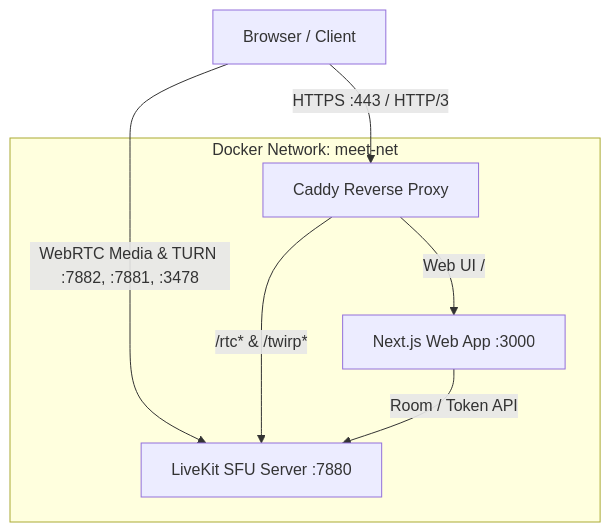
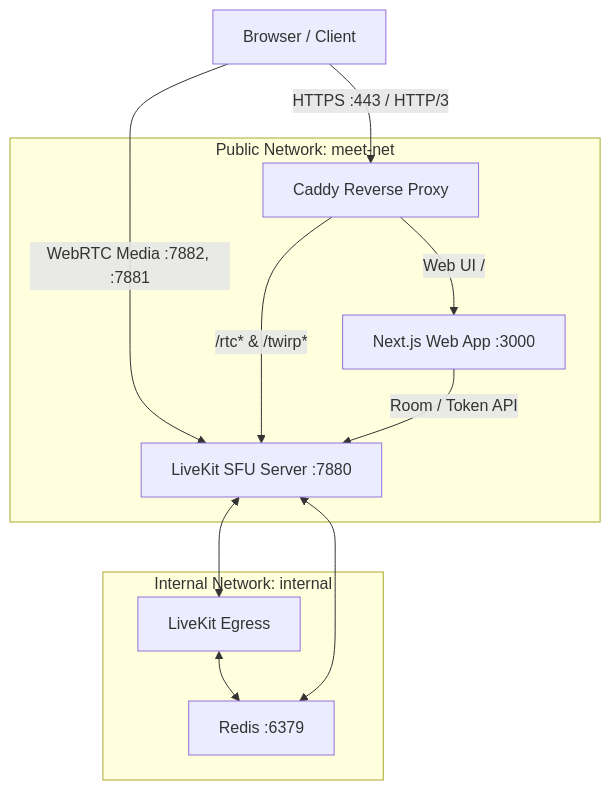
Before and after one commit to mikhailde/livekit-meet-docker: the diagram in README.md, drawn with Mermaid. The commit also changed other lines of this file and 5 other files, not shown here.

````diff
--- a/README.md
+++ b/README.md
@@ -139,15 +120,25 @@
 ```mermaid
 graph TD
     Client[Browser / Client] -->|HTTPS :443 / HTTP/3| Caddy
-    Client -->|WebRTC Media & TURN :7882, :7881, :3478| LiveKit
+    Client -->|WebRTC Media :7882, :7881| LiveKit
 
-    subgraph Docker Network: meet-net
+    subgraph public["Public Network: meet-net"]
         Caddy[Caddy Reverse Proxy]
         Meet[Next.js Web App :3000]
         LiveKit[LiveKit SFU Server :7880]
 
         Caddy -->|Web UI /| Meet
         Caddy -->|/rtc* & /twirp*| LiveKit
         Meet -->|Room / Token API| LiveKit
     end
+
+    subgraph internal["Internal Network: internal"]
+        Egress[LiveKit Egress]
+        Redis[Redis :6379]
+
+        Egress <--> Redis
+    end
+
+    LiveKit <--> Redis
+    LiveKit <--> Egress
 ```
````
